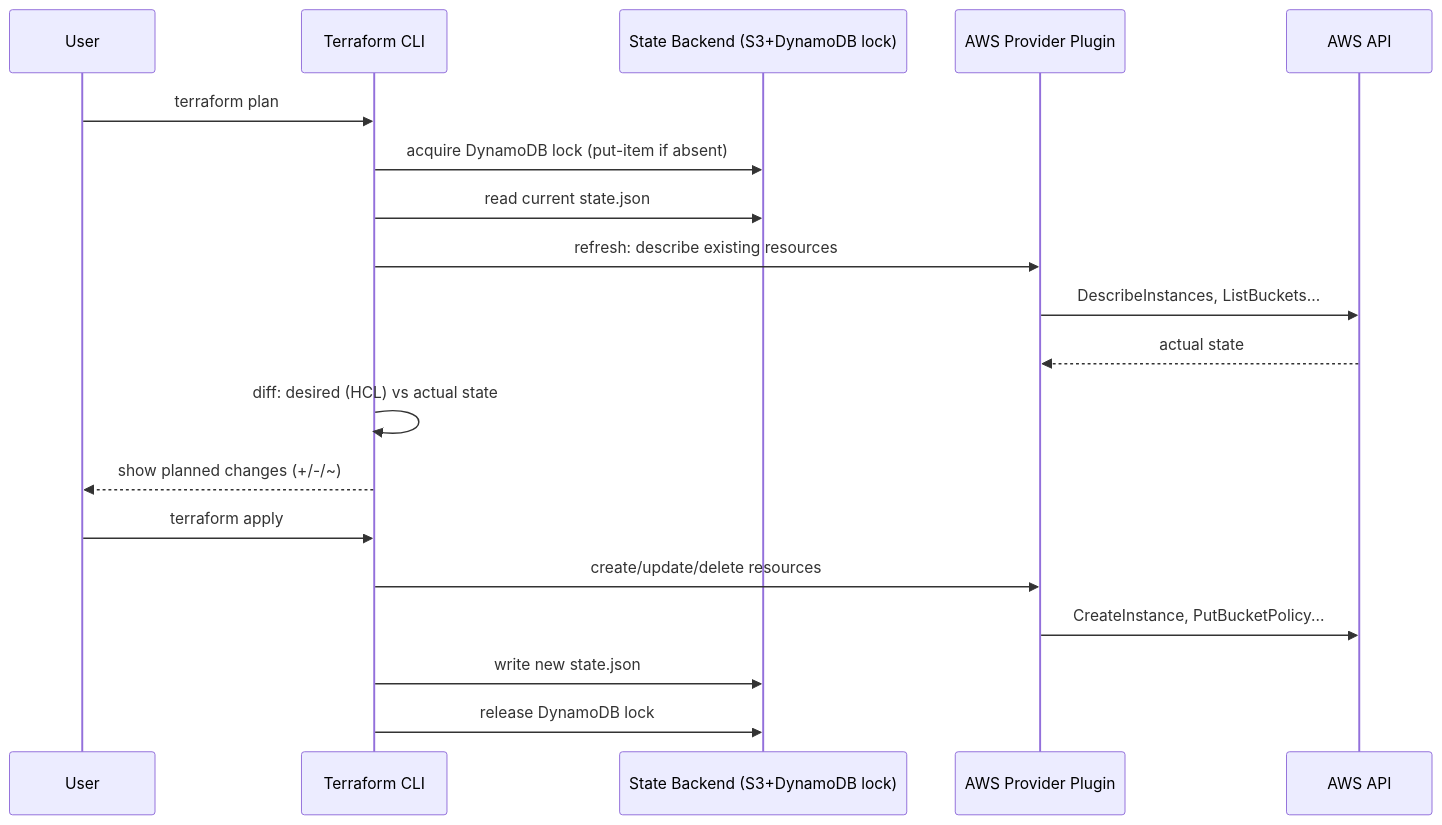
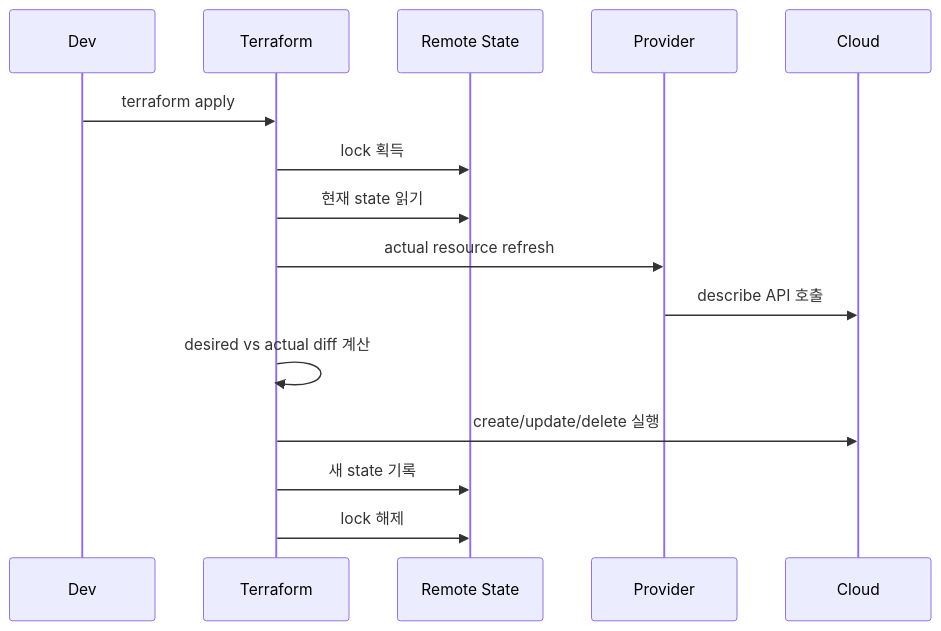
The third of 3 diagrams in content/docs/books/cs-reference/ko/miscellaneous-cs.md (choisimo/document), drawn with Mermaid before and after one commit. The commit also changed other lines of this file and 432 other files, not shown here.

````diff
--- a/content/docs/books/cs-reference/ko/miscellaneous-cs.md
+++ b/content/docs/books/cs-reference/ko/miscellaneous-cs.md
@@ -186,22 +90,18 @@
 ```mermaid
 sequenceDiagram
-    participant User
-    participant TF as Terraform CLI
-    participant State as State Backend (S3+DynamoDB lock)
-    participant Provider as AWS Provider Plugin
-    participant API as AWS API
+    participant Dev
+    participant TF as Terraform
+    participant State as Remote State
+    participant Provider
+    participant Cloud
 
-    User->>TF: terraform plan
-    TF->>State: acquire DynamoDB lock (put-item if absent)
-    TF->>State: read current state.json
-    TF->>Provider: refresh: describe existing resources
-    Provider->>API: DescribeInstances, ListBuckets...
-    API-->>Provider: actual state
-    TF->>TF: diff: desired (HCL) vs actual state
-    TF-->>User: show planned changes (+/-/~)
-    User->>TF: terraform apply
-    TF->>Provider: create/update/delete resources
-    Provider->>API: CreateInstance, PutBucketPolicy...
-    TF->>State: write new state.json
-    TF->>State: release DynamoDB lock
+    Dev->>TF: terraform apply
+    TF->>State: lock 획득
+    TF->>State: 현재 state 읽기
+    TF->>Provider: actual resource refresh
+    Provider->>Cloud: describe API 호출
+    TF->>TF: desired vs actual diff 계산
+    TF->>Cloud: create/update/delete 실행
+    TF->>State: 새 state 기록
+    TF->>State: lock 해제
 ```
````
